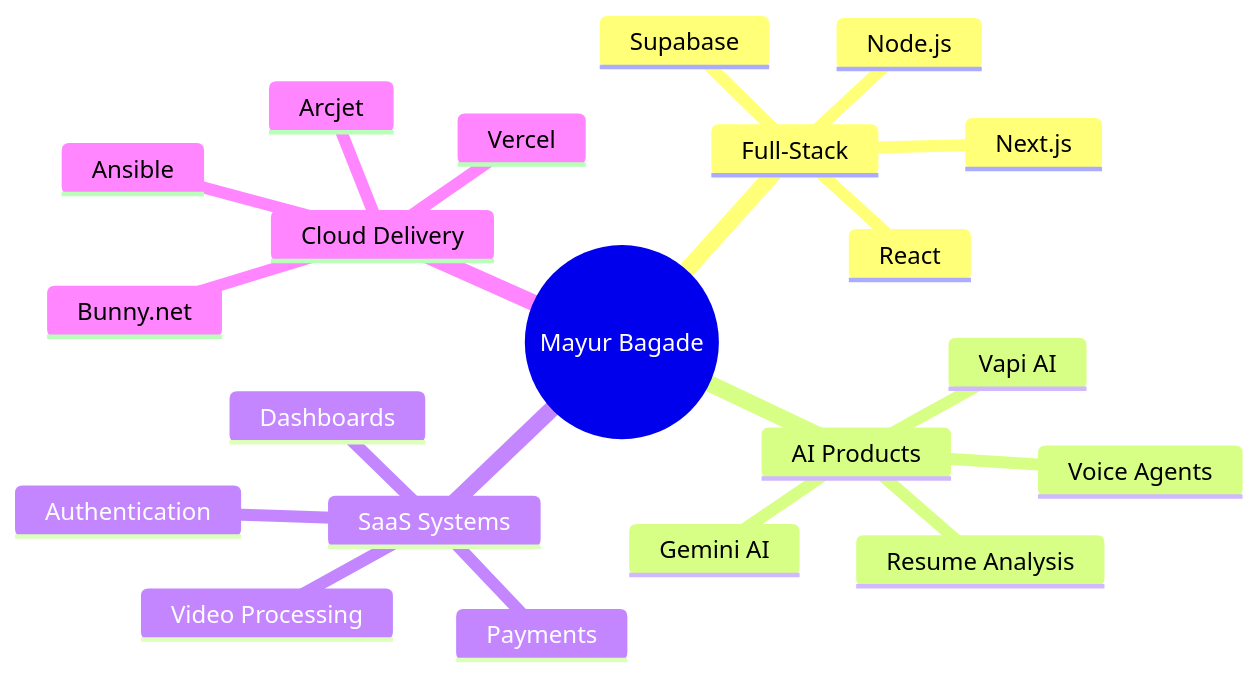
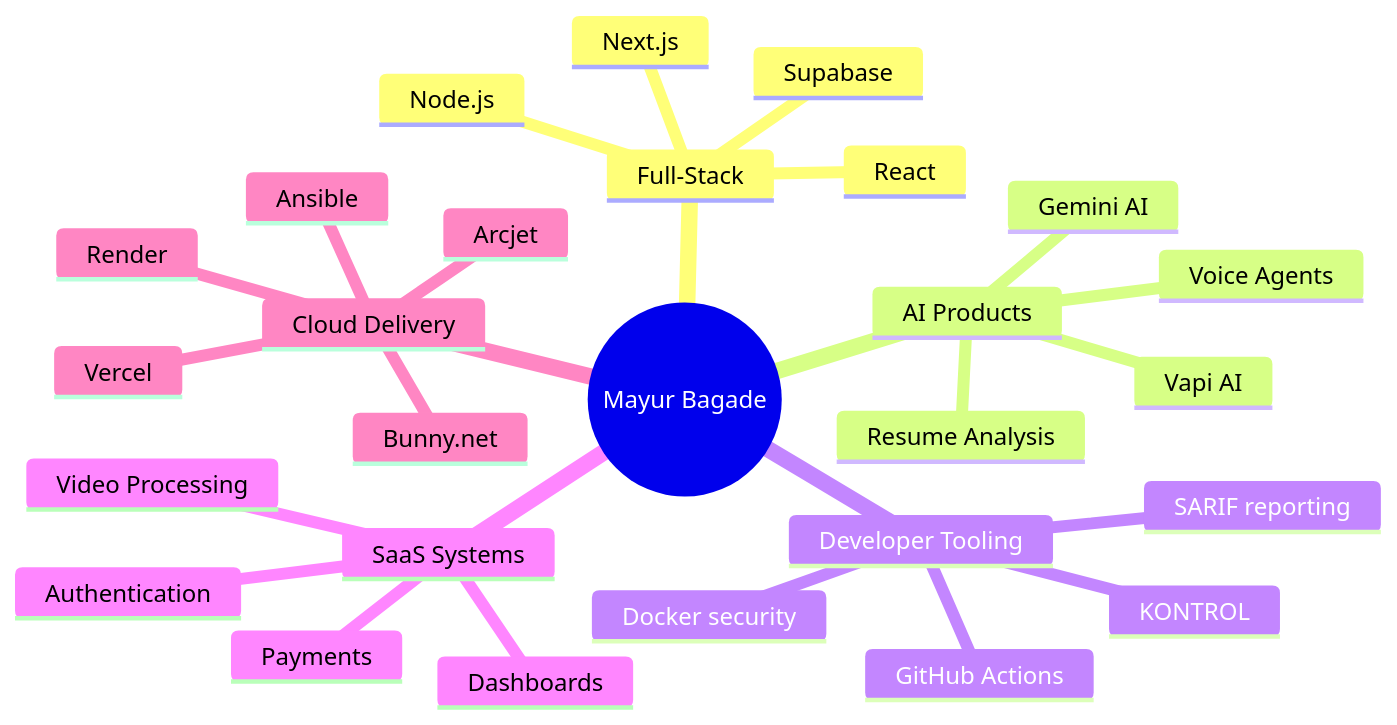
Before and after one commit to mayurbagade456/mayurbagade456: the diagram in README.md, drawn with Mermaid. The commit also changed other lines of this file, not shown here.

Commit message:
Add KONTROL and DevSecOps tooling to profile

````diff
--- a/README.md
+++ b/README.md
@@ -236,24 +267,30 @@
 ```mermaid
 mindmap
 	root((Mayur Bagade))
 		Full-Stack
 			React
 			Next.js
 			Node.js
 			Supabase
 		AI Products
 			Vapi AI
 			Gemini AI
 			Resume Analysis
 			Voice Agents
+		Developer Tooling
+			KONTROL
+			Docker security
+			GitHub Actions
+			SARIF reporting
 		SaaS Systems
 			Authentication
 			Payments
 			Dashboards
 			Video Processing
 		Cloud Delivery
 			Vercel
+			Render
 			Bunny.net
 			Arcjet
 			Ansible
 ```
````
